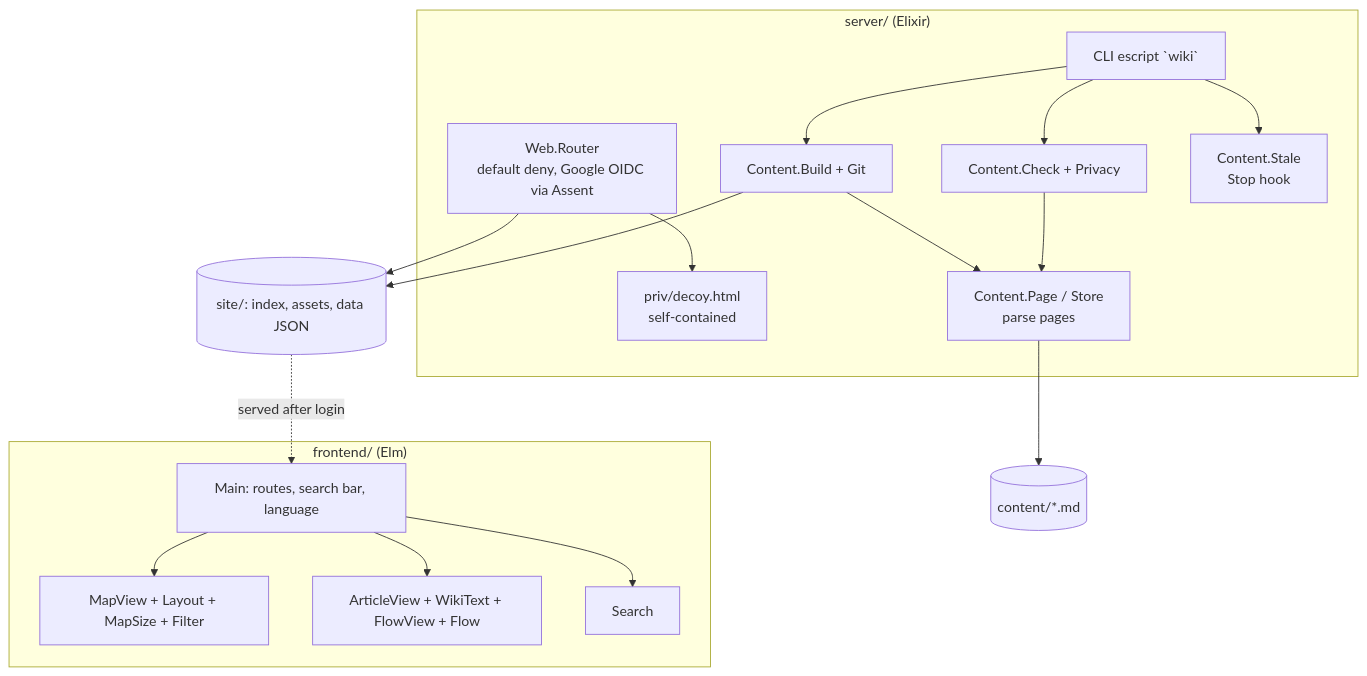
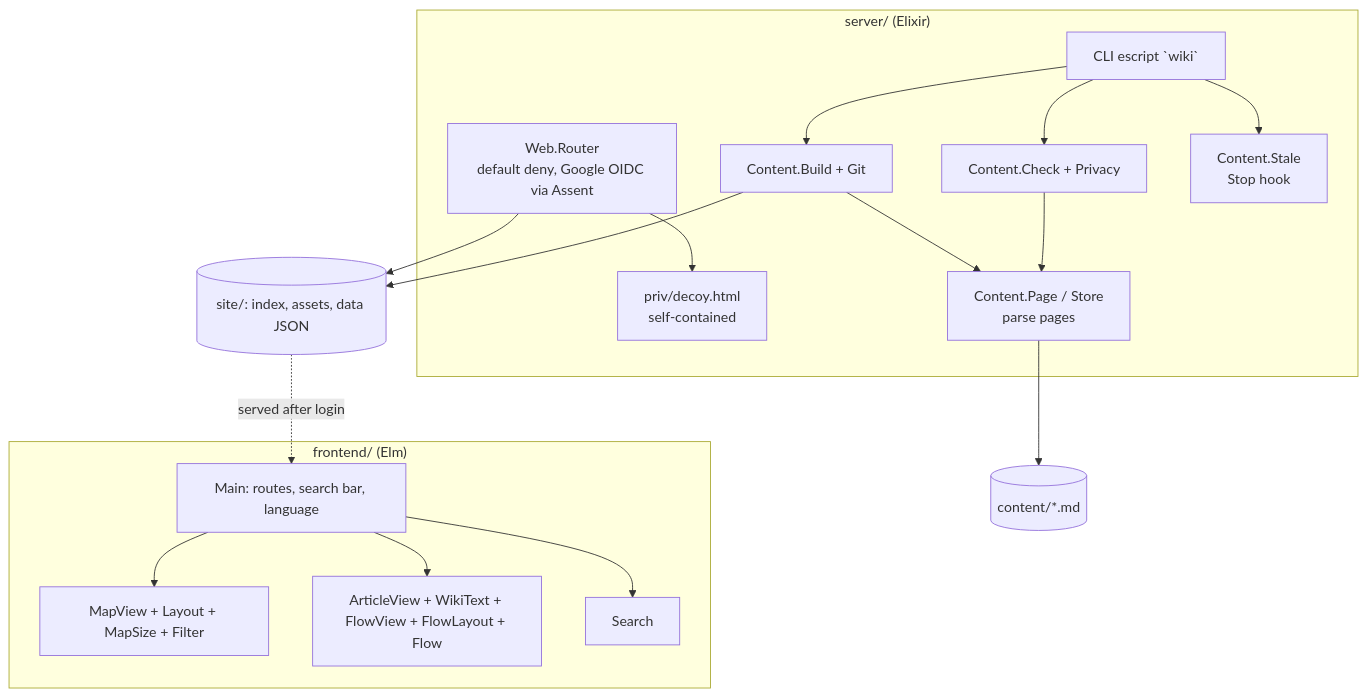
The second of 2 diagrams in DESIGN.md (yujideluca/wiki), drawn with Mermaid before and after one commit. The commit also changed other lines of this file and 10 other files, not shown here.

First line of the commit message:
Flow chart polish: layout in its own module, labels beside the curve, fit to column

````diff
--- a/DESIGN.md
+++ b/DESIGN.md
@@ -39,28 +39,28 @@
 ```mermaid
 flowchart TB
     subgraph server["server/ (Elixir)"]
         router[Web.Router<br/>default deny, Google OIDC via Assent]
         decoy[priv/decoy.html<br/>self-contained]
         content[Content.Page / Store<br/>parse pages]
         check[Content.Check + Privacy]
         build[Content.Build + Git]
         stale[Content.Stale<br/>Stop hook]
         cli[CLI escript `wiki`]
     end
     subgraph frontend["frontend/ (Elm)"]
         main[Main: routes, search bar, language]
         mapv[MapView + Layout + MapSize + Filter]
-        art[ArticleView + WikiText + FlowView + Flow]
+        art[ArticleView + WikiText + FlowView + FlowLayout + Flow]
         search[Search]
     end
     pages[(content/*.md)]
     site[(site/: index, assets, data JSON)]
     cli --> check --> content --> pages
     cli --> build --> content
     build --> site
     cli --> stale
     router --> decoy
     router --> site
     main --> mapv & art & search
     site -. served after login .-> main
 ```
````
